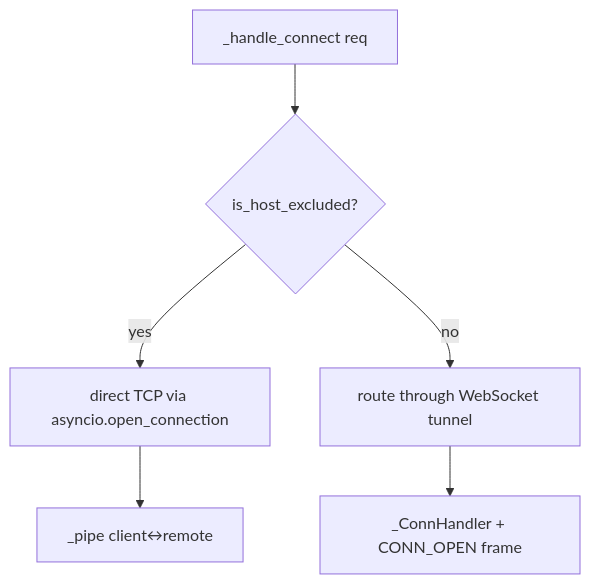
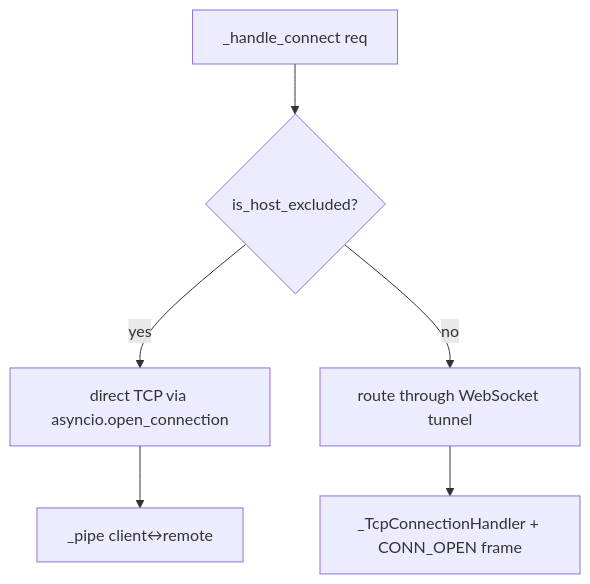
The third of 14 diagrams in docs/architecture.md (Khodaparastan/ExecTunnel), drawn with Mermaid before and after one commit. The commit also changed other lines of this file and 3 other files, not shown here.

````diff
--- a/docs/architecture.md
+++ b/docs/architecture.md
@@ -142,8 +146,8 @@
 ```mermaid
 flowchart TD
     A[_handle_connect req] --> B{is_host_excluded?}
     B -- yes --> C[direct TCP via asyncio.open_connection]
     B -- no --> D[route through WebSocket tunnel]
     C --> E[_pipe client↔remote]
-    D --> F[_ConnHandler + CONN_OPEN frame]
+    D --> F[_TcpConnectionHandler + CONN_OPEN frame]
 ```
````
